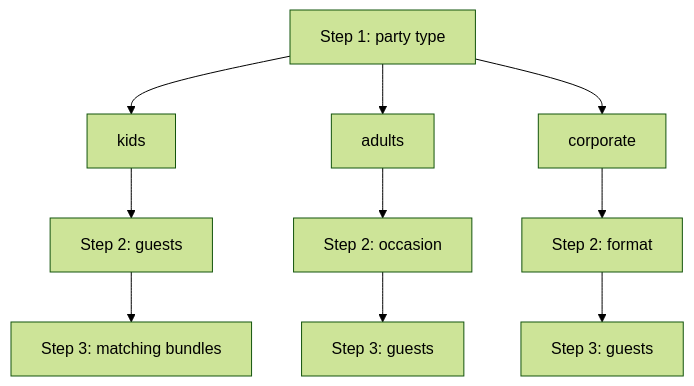
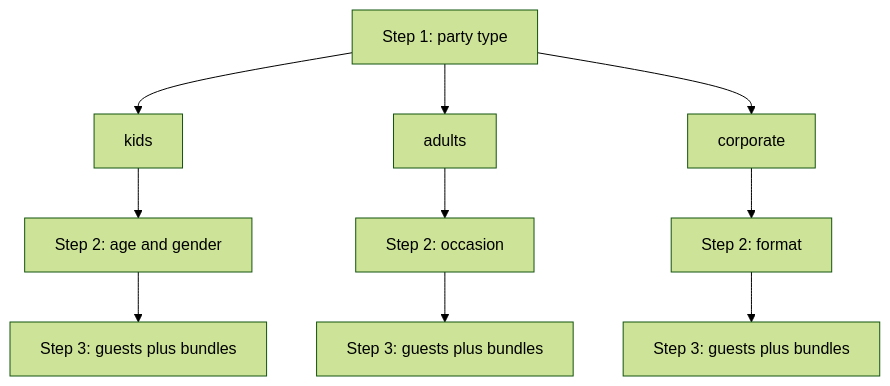
Before and after one commit to Wjooh/prototype: the diagram in docs/assistant.md, drawn with Mermaid (forest theme). The commit also changed other lines of this file and 8 other files, not shown here.

````diff
--- a/docs/assistant.md
+++ b/docs/assistant.md
@@ -17,14 +17,14 @@
 ```mermaid
 flowchart TD
   S1[Step 1: party type] --> Kids[kids]
   S1 --> Adults[adults]
   S1 --> Corp[corporate]
 
-  Kids --> K2[Step 2: guests]
+  Kids --> K2[Step 2: age and gender]
   Adults --> A2[Step 2: occasion]
   Corp --> C2[Step 2: format]
 
-  K2 --> K3[Step 3: matching bundles]
-  A2 --> A3[Step 3: guests]
-  C2 --> C3[Step 3: guests]
+  K2 --> K3[Step 3: guests plus bundles]
+  A2 --> A3[Step 3: guests plus bundles]
+  C2 --> C3[Step 3: guests plus bundles]
 ```
````
